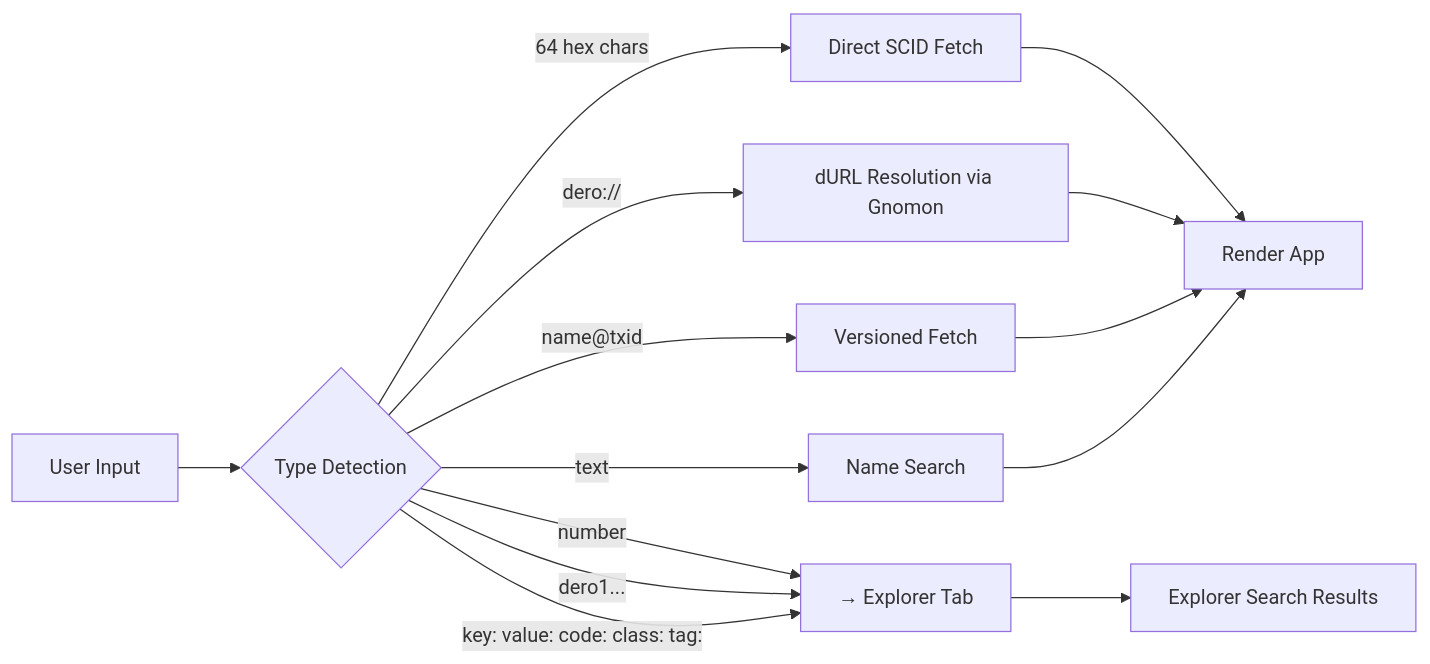
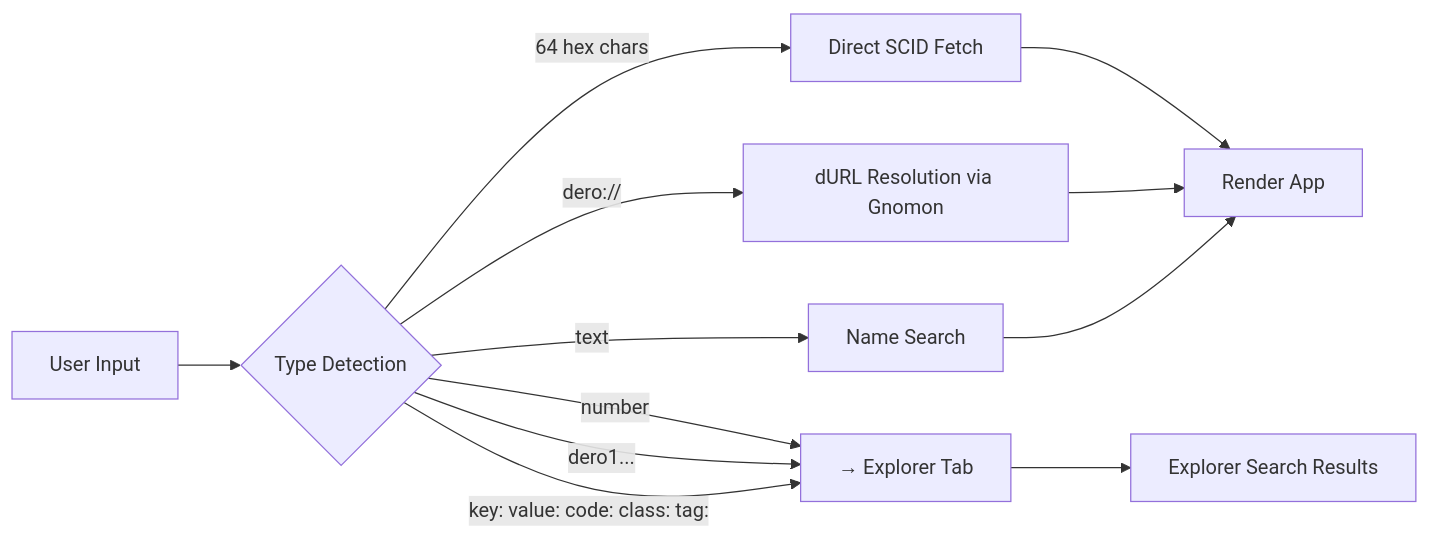
Before and after one commit to DHEBP/dero-docs: the second of 2 diagrams in hologram-main/pages/browser.mdx, drawn with Mermaid. The commit also changed other lines of this file and 16 other files, not shown here.

````diff
--- a/hologram-main/pages/browser.mdx
+++ b/hologram-main/pages/browser.mdx
@@ -47,18 +47,16 @@
 ```mermaid
 flowchart LR
     INPUT["User Input"] --> DETECT{Type Detection}
     
     DETECT -->|"64 hex chars"| SCID["Direct SCID Fetch"]
     DETECT -->|"dero://"| DURL["dURL Resolution via Gnomon"]
-    DETECT -->|"name@txid"| VER["Versioned Fetch"]
     DETECT -->|"text"| SEARCH["Name Search"]
     DETECT -->|"number"| EXPLORER["→ Explorer Tab"]
     DETECT -->|"dero1..."| EXPLORER
     DETECT -->|"key: value: code: class: tag:"| EXPLORER
     
     SCID --> RENDER["Render App"]
     DURL --> RENDER
-    VER --> RENDER
     SEARCH --> RENDER
     EXPLORER --> RESULT["Explorer Search Results"]
 ```
````
